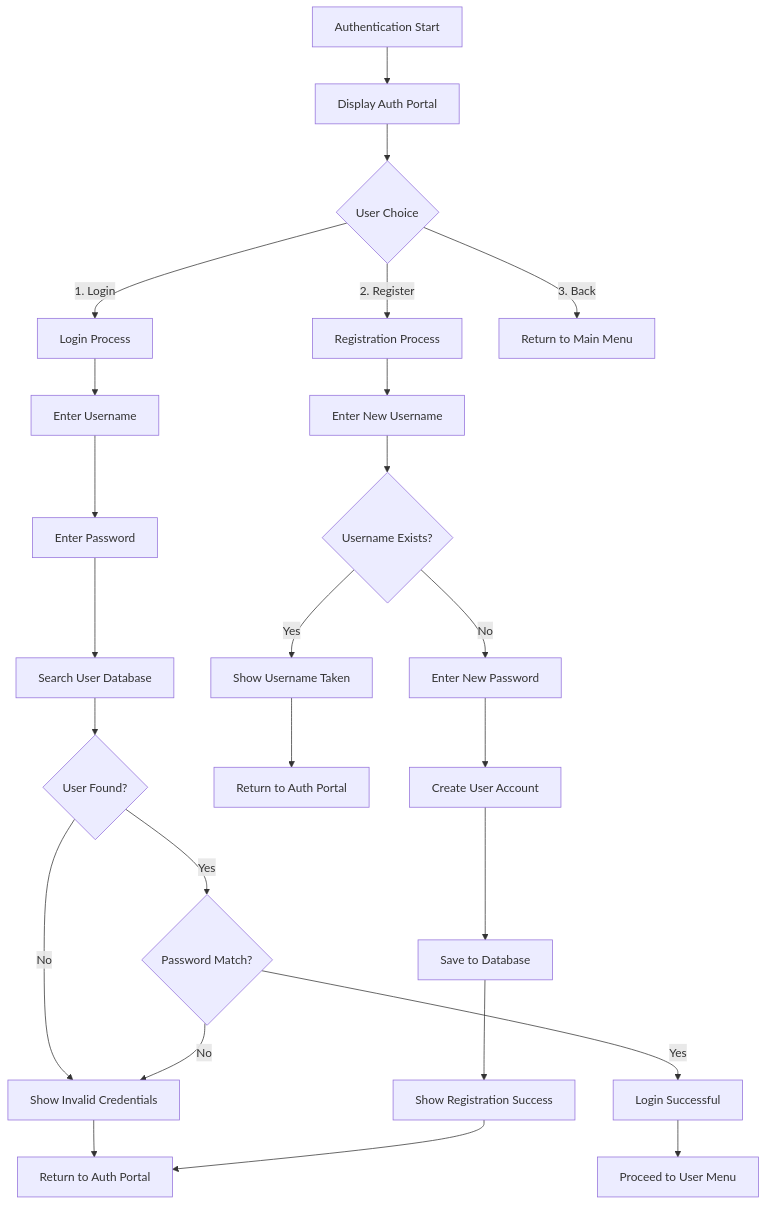
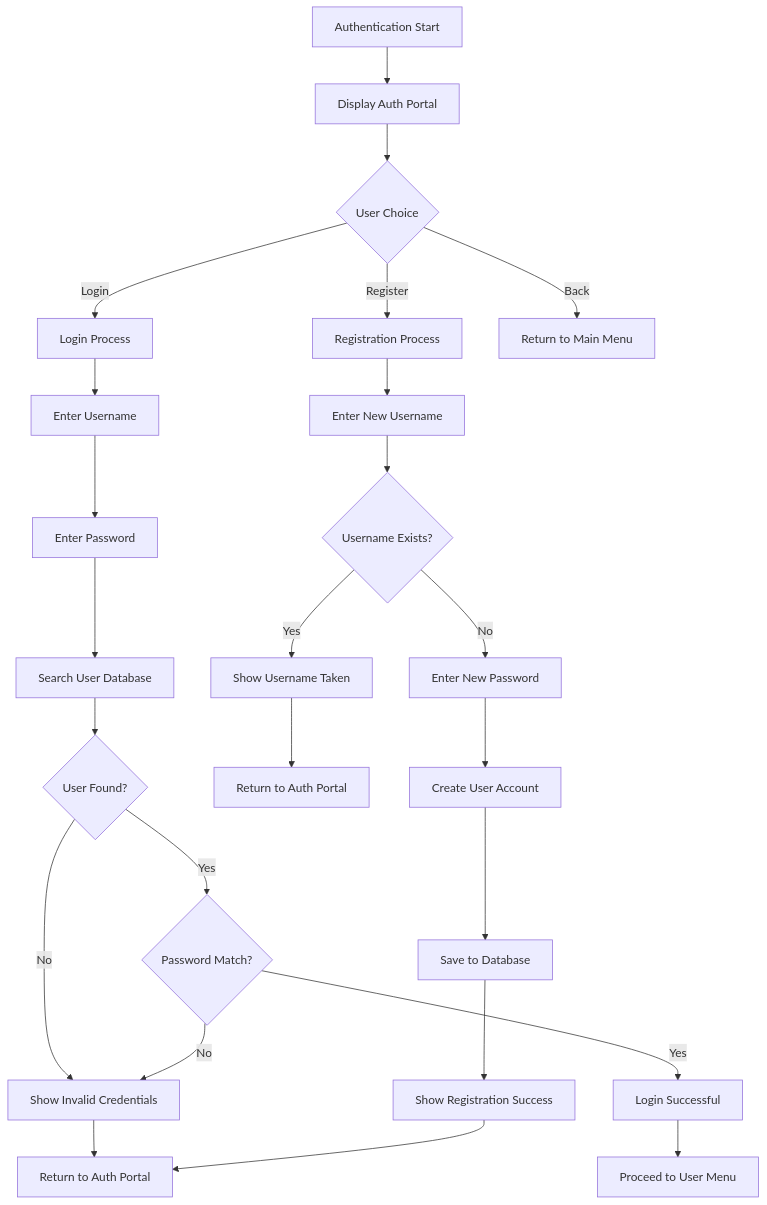
Before and after one commit to QUENJiX/test.github.io: the fourth of 5 diagrams in README.md, drawn with Mermaid. The commit also changed other lines of this file, not shown here.

````diff
--- a/README.md
+++ b/README.md
@@ -496,27 +496,27 @@
 ```mermaid
 graph TD
     A[Authentication Start] --> B[Display Auth Portal]
     B --> C{User Choice}
-    C -->|1. Login| D[Login Process]
-    C -->|2. Register| E[Registration Process]
-    C -->|3. Back| F[Return to Main Menu]
+    C -->|Login| D[Login Process]
+    C -->|Register| E[Registration Process]
+    C -->|Back| F[Return to Main Menu]
     D --> G[Enter Username]
     G --> H[Enter Password]
     H --> I[Search User Database]
     I --> J{User Found?}
     J -->|No| K[Show Invalid Credentials]
     K --> L[Return to Auth Portal]
     J -->|Yes| M{Password Match?}
     M -->|No| K
     M -->|Yes| N[Login Successful]
     N --> O[Proceed to User Menu]
     E --> P[Enter New Username]
     P --> Q{Username Exists?}
     Q -->|Yes| R[Show Username Taken]
     R --> S[Return to Auth Portal]
     Q -->|No| T[Enter New Password]
     T --> U[Create User Account]
     U --> V[Save to Database]
     V --> W[Show Registration Success]
     W --> L
 ```
````
